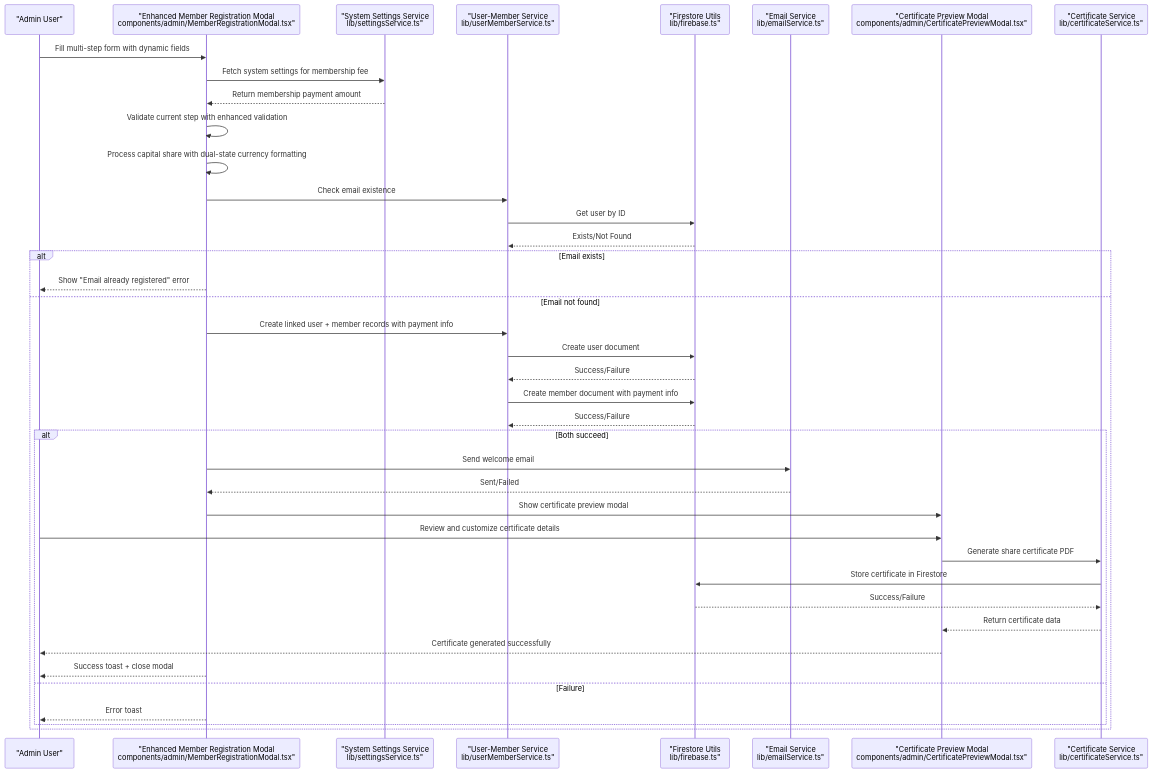
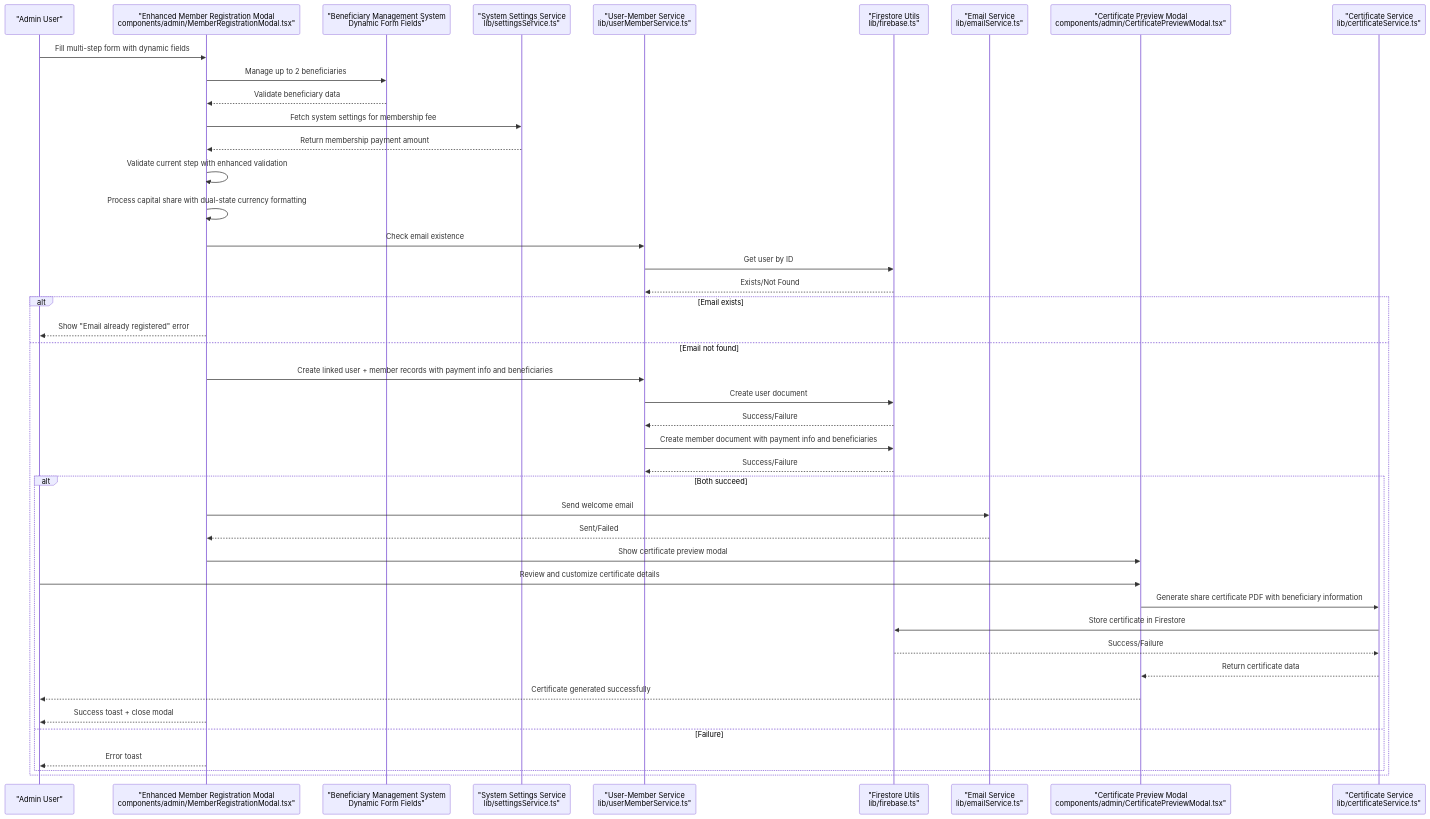
Before and after one commit to Unsure-bry/sampacoop_system: the second of 6 diagrams in .qoder/repowiki/en/content/Member Management System/Member Registration Workflow.md, drawn with Mermaid. The commit also changed other lines of this file and 5 other files, not shown here.

````diff
--- a/.qoder/repowiki/en/content/Member Management System/Member Registration Workflow.md
+++ b/.qoder/repowiki/en/content/Member Management System/Member Registration Workflow.md
@@ -177,42 +188,45 @@
 ```mermaid
 sequenceDiagram
 participant Admin as "Admin User"
 participant Modal as "Enhanced Member Registration Modal<br/>components/admin/MemberRegistrationModal.tsx"
+participant Beneficiaries as "Beneficiary Management System<br/>Dynamic Form Fields"
 participant Settings as "System Settings Service<br/>lib/settingsService.ts"
 participant UMS as "User-Member Service<br/>lib/userMemberService.ts"
 participant FS as "Firestore Utils<br/>lib/firebase.ts"
 participant Email as "Email Service<br/>lib/emailService.ts"
 participant CPV as "Certificate Preview Modal<br/>components/admin/CertificatePreviewModal.tsx"
 participant CertSvc as "Certificate Service<br/>lib/certificateService.ts"
 Admin->>Modal : Fill multi-step form with dynamic fields
+Modal->>Beneficiaries : Manage up to 2 beneficiaries
+Beneficiaries-->>Modal : Validate beneficiary data
 Modal->>Settings : Fetch system settings for membership fee
 Settings-->>Modal : Return membership payment amount
 Modal->>Modal : Validate current step with enhanced validation
 Modal->>Modal : Process capital share with dual-state currency formatting
 Modal->>UMS : Check email existence
 UMS->>FS : Get user by ID
 FS-->>UMS : Exists/Not Found
 alt Email exists
 Modal-->>Admin : Show "Email already registered" error
 else Email not found
-Modal->>UMS : Create linked user + member records with payment info
+Modal->>UMS : Create linked user + member records with payment info and beneficiaries
 UMS->>FS : Create user document
 FS-->>UMS : Success/Failure
-UMS->>FS : Create member document with payment info
+UMS->>FS : Create member document with payment info and beneficiaries
 FS-->>UMS : Success/Failure
 alt Both succeed
 Modal->>Email : Send welcome email
 Email-->>Modal : Sent/Failed
 Modal->>CPV : Show certificate preview modal
 Admin->>CPV : Review and customize certificate details
-CPV->>CertSvc : Generate share certificate PDF
+CPV->>CertSvc : Generate share certificate PDF with beneficiary information
 CertSvc->>FS : Store certificate in Firestore
 FS-->>CertSvc : Success/Failure
 CertSvc-->>CPV : Return certificate data
 CPV-->>Admin : Certificate generated successfully
 Modal-->>Admin : Success toast + close modal
 else Failure
 Modal-->>Admin : Error toast
 end
 end
 ```
````
